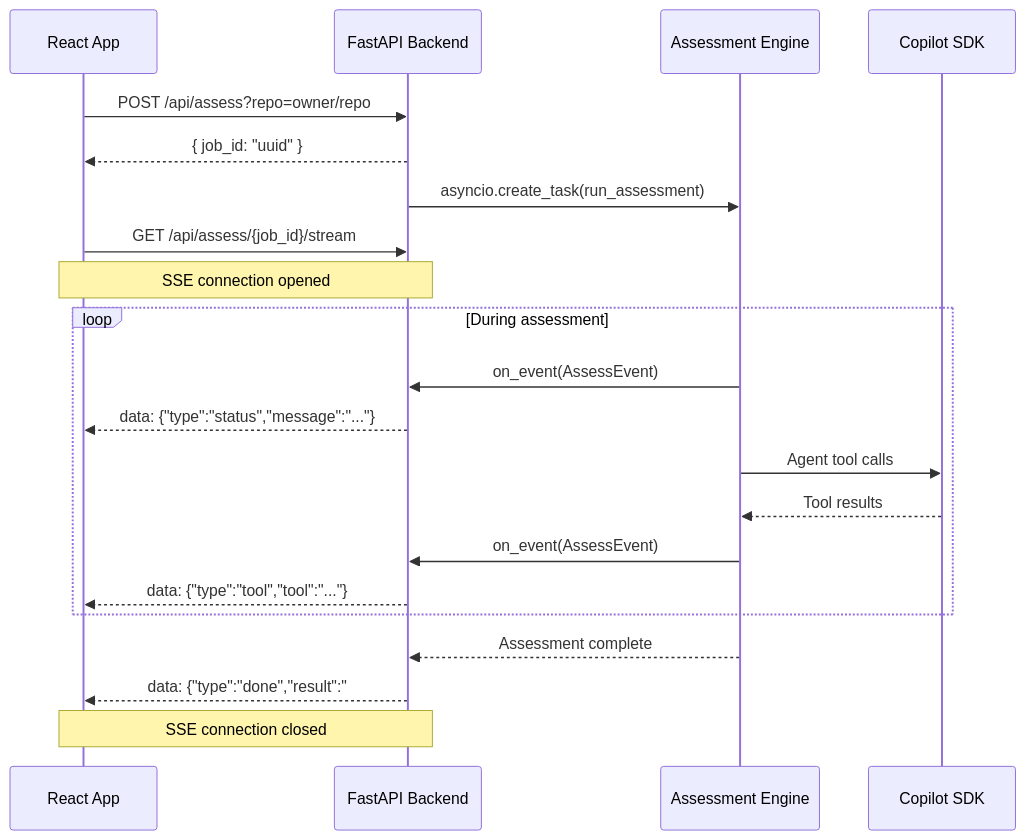
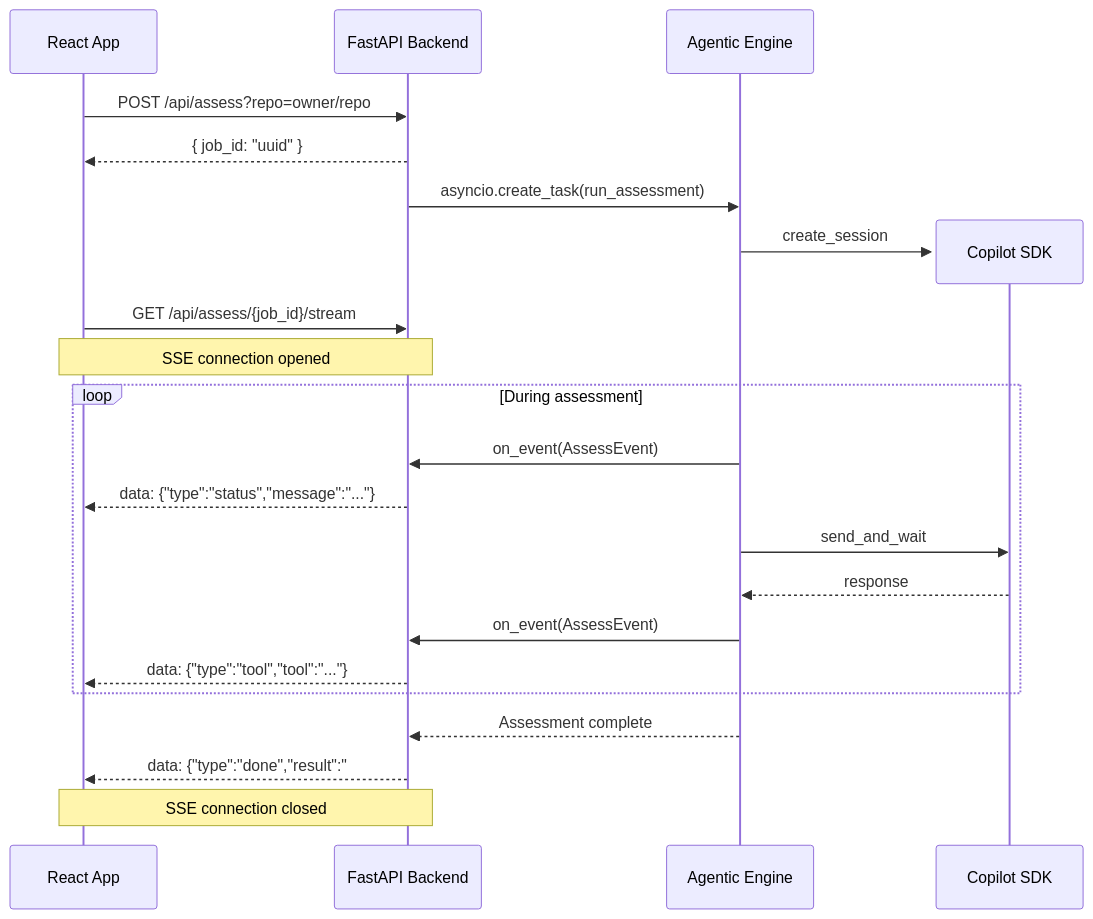
One commit to dbroeglin/hve-stem changed the sixth of 10 diagrams in ARCHITECTURE.md. Above: the diagram before and after it, drawn with Mermaid.

Commit message:
#3 Correcting engine -> sdk interaction in sequence diagram

````diff
--- a/ARCHITECTURE.md
+++ b/ARCHITECTURE.md
@@ -231,27 +231,28 @@
 ```mermaid
 sequenceDiagram
     participant Browser as React App
     participant FastAPI as FastAPI Backend
-    participant Engine as Assessment Engine
-    participant Copilot as Copilot SDK
+    participant Engine as Agentic Engine
 
     Browser->>FastAPI: POST /api/assess?repo=owner/repo
     FastAPI-->>Browser: { job_id: "uuid" }
     FastAPI->>Engine: asyncio.create_task(run_assessment)
 
+    create participant Copilot as Copilot SDK
+    Engine ->> Copilot: create_session
     Browser->>FastAPI: GET /api/assess/{job_id}/stream
     Note over Browser,FastAPI: SSE connection opened
 
     loop During assessment
         Engine->>FastAPI: on_event(AssessEvent)
         FastAPI-->>Browser: data: {"type":"status","message":"..."}
-        Engine->>Copilot: Agent tool calls
-        Copilot-->>Engine: Tool results
+        Engine->>Copilot: send_and_wait
+        Copilot-->>Engine: response
         Engine->>FastAPI: on_event(AssessEvent)
         FastAPI-->>Browser: data: {"type":"tool","tool":"..."}
     end
 
     Engine-->>FastAPI: Assessment complete
     FastAPI-->>Browser: data: {"type":"done","result":"# Report..."}
     Note over Browser,FastAPI: SSE connection closed
 ```
````
